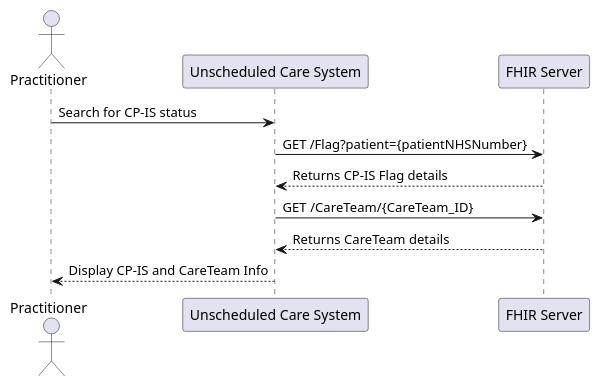
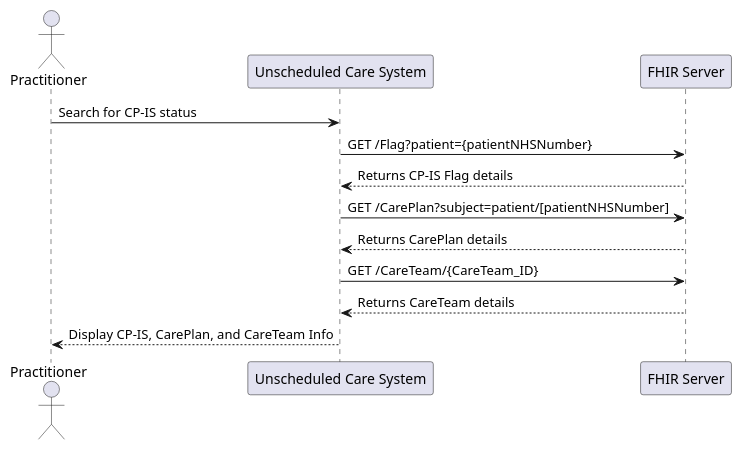
The second of 2 diagrams in NHSEnglandProgrammeImplementationGuides/backup/guides/Patient-Flag-Implementation-Guide-Beta/Home/Use-Cases/CP-IS-record/Retrieve-CP-IS-PatientFlags.page.md (NHSDigital/IOPS-FHIR-Simplifier-Backup), drawn with PlantUML before and after one commit. The commit also changed other lines of this file and 16 other files, not shown here.

```diff
--- a/NHSEnglandProgrammeImplementationGuides/backup/guides/Patient-Flag-Implementation-Guide-Beta/Home/Use-Cases/CP-IS-record/Retrieve-CP-IS-PatientFlags.page.md
+++ b/NHSEnglandProgrammeImplementationGuides/backup/guides/Patient-Flag-Implementation-Guide-Beta/Home/Use-Cases/CP-IS-record/Retrieve-CP-IS-PatientFlags.page.md
@@ -39,16 +54,19 @@
 @startuml
 
 actor "Practitioner" as Practitioner
 participant "Unscheduled Care System" as System
 participant "FHIR Server" as FHIR
 
 Practitioner -> System: Search for CP-IS status
 System -> FHIR: GET /Flag?patient={patientNHSNumber}
 FHIR --> System: Returns CP-IS Flag details
 
+System -> FHIR: GET /CarePlan?subject=patient/[patientNHSNumber]
+FHIR --> System: Returns CarePlan details
+
 System -> FHIR: GET /CareTeam/{CareTeam_ID}
 FHIR --> System: Returns CareTeam details
 
-System --> Practitioner: Display CP-IS and CareTeam Info
+System --> Practitioner: Display CP-IS, CarePlan, and CareTeam Info
 
 @enduml
```
